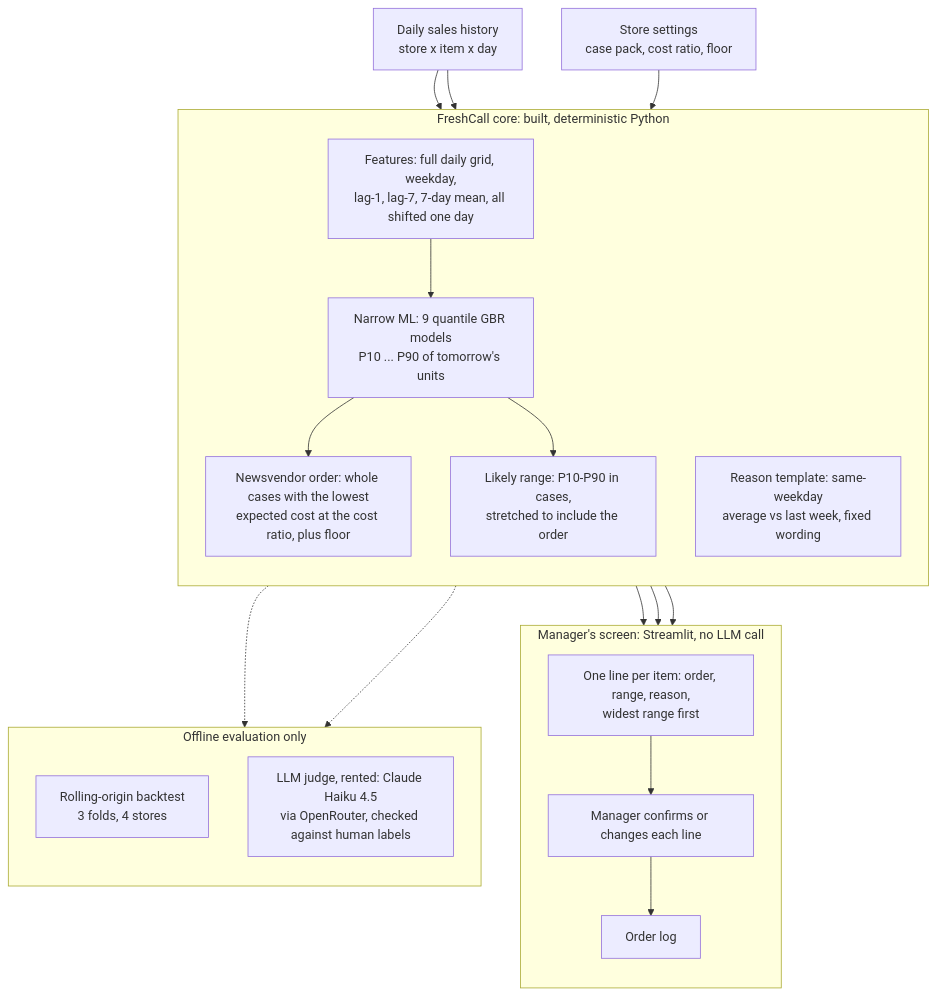
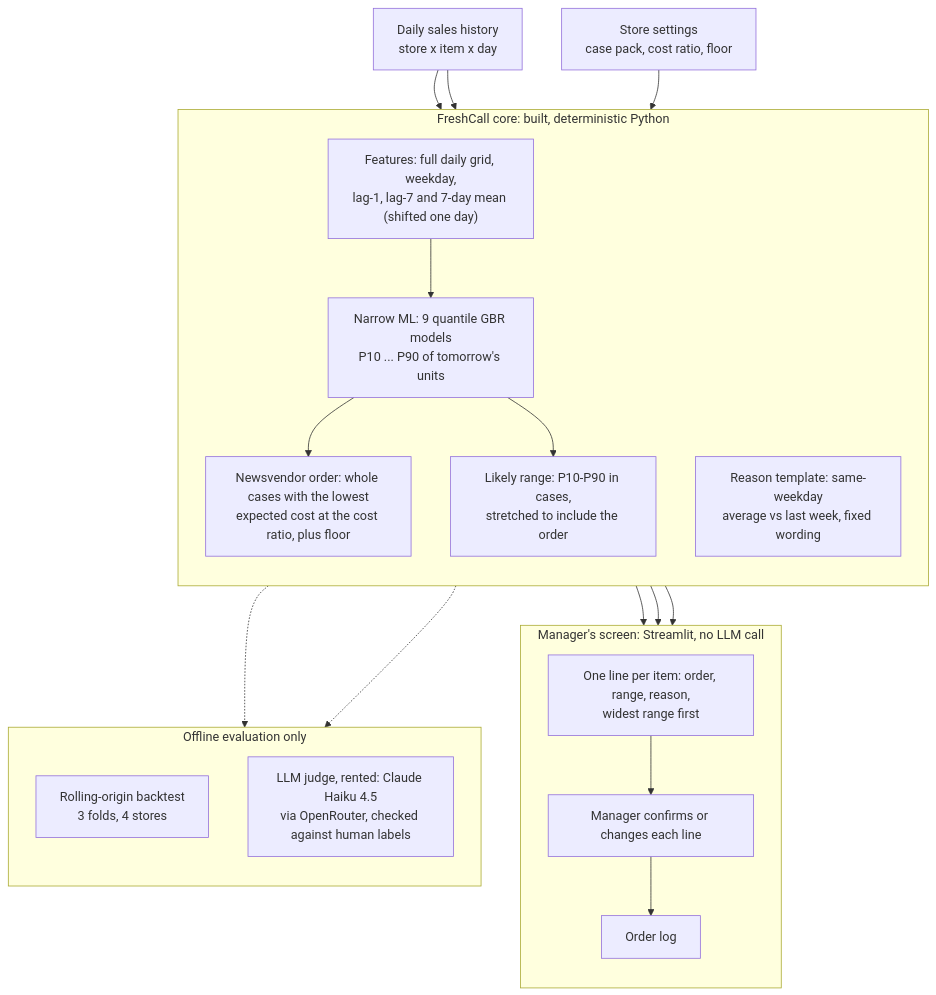
Before and after one commit to harry00001177/FreshCall: the diagram in docs/PRODUCT.md, drawn with Mermaid. The commit also changed other lines of this file and 10 other files, not shown here.

````diff
--- a/docs/PRODUCT.md
+++ b/docs/PRODUCT.md
@@ -78,40 +78,40 @@
 ```mermaid
 flowchart TB
     S["Daily sales history<br/>store x item x day"]
     C["Store settings<br/>case pack, cost ratio, floor"]
 
     subgraph CORE["FreshCall core: built, deterministic Python"]
         direction TB
-        F["Features: full daily grid, weekday,<br/>lag-1, lag-7, 7-day mean, all shifted one day"]
+        F["Features: full daily grid, weekday,<br/>lag-1, lag-7 and 7-day mean (shifted one day)"]
         M["Narrow ML: 9 quantile GBR models<br/>P10 ... P90 of tomorrow's units"]
         N["Newsvendor order: whole cases with the lowest<br/>expected cost at the cost ratio, plus floor"]
         R["Likely range: P10-P90 in cases,<br/>stretched to include the order"]
         T["Reason template: same-weekday<br/>average vs last week, fixed wording"]
         F --> M
         M --> N
         M --> R
     end
 
     subgraph UI["Manager's screen: Streamlit, no LLM call"]
         direction TB
         O["One line per item: order, range, reason,<br/>widest range first"]
         H["Manager confirms or changes each line"]
         L["Order log"]
         O --> H --> L
     end
 
     subgraph EVAL["Offline evaluation only"]
         direction TB
         B["Rolling-origin backtest<br/>3 folds, 4 stores"]
         J["LLM judge, rented: Claude Haiku 4.5<br/>via OpenRouter, checked against human labels"]
     end
 
     S --> F
     S --> T
     C --> N
     N --> O
     R --> O
     T --> O
     M -.-> B
     T -.-> J
 ```
````
